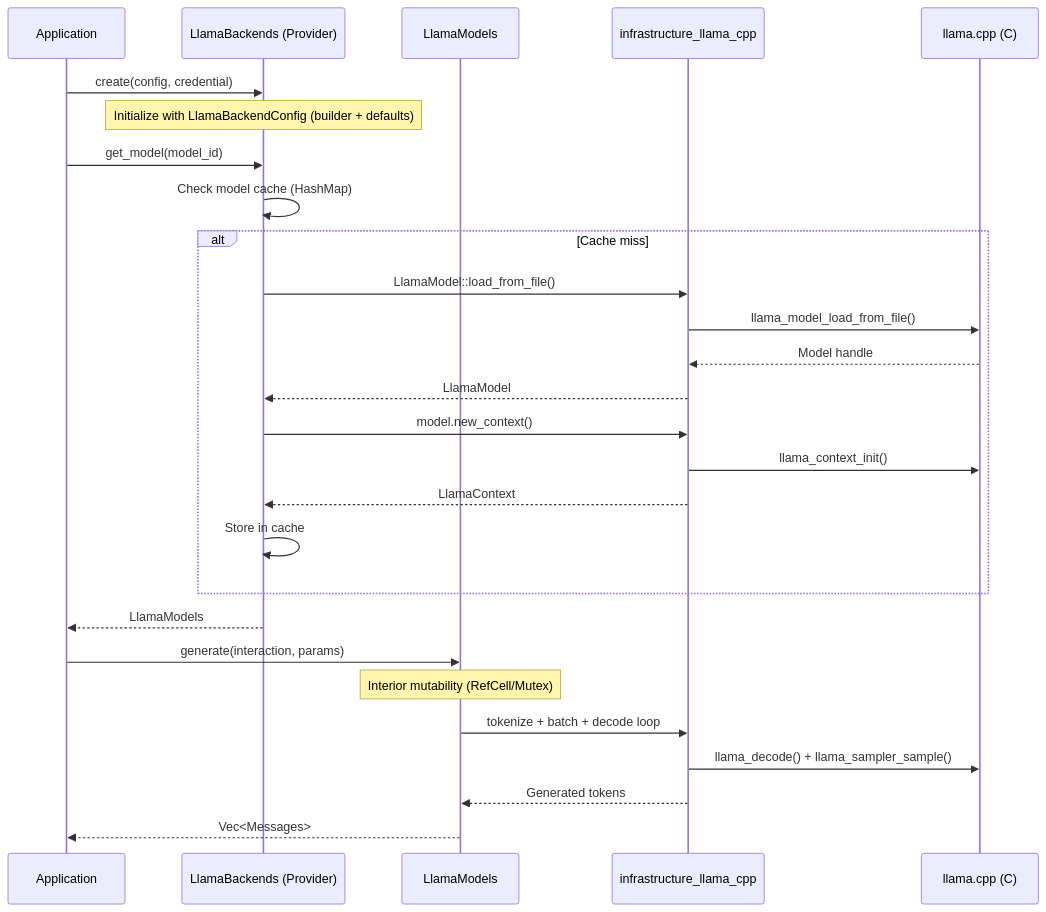
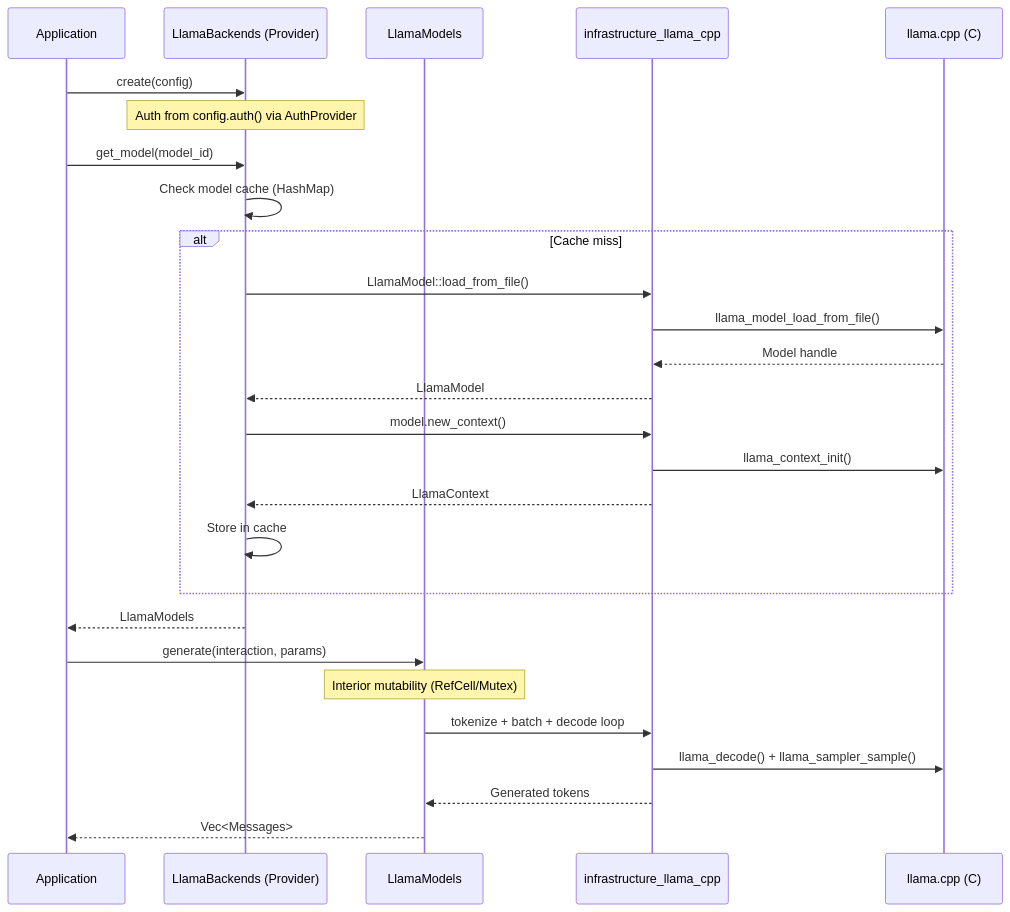
One commit to ewe-studios/ewe_platform changed the second of 2 diagrams in specifications/07-foundation-ai/requirements.md. Above: the diagram before and after it, drawn with Mermaid. The commit also changed other lines of this file and 50 other files, not shown here.

````diff
--- a/specifications/07-foundation-ai/requirements.md
+++ b/specifications/07-foundation-ai/requirements.md
@@ -127,32 +143,32 @@
 ```mermaid
 sequenceDiagram
     participant App as Application
     participant LB as LlamaBackends (Provider)
     participant LM as LlamaModels
     participant IL as infrastructure_llama_cpp
     participant LC as llama.cpp (C)
 
-    App->>LB: create(config, credential)
-    Note over LB: Initialize with LlamaBackendConfig (builder + defaults)
+    App->>LB: create(config)
+    Note over LB: Auth from config.auth() via AuthProvider
 
     App->>LB: get_model(model_id)
     LB->>LB: Check model cache (HashMap)
     alt Cache miss
         LB->>IL: LlamaModel::load_from_file()
         IL->>LC: llama_model_load_from_file()
         LC-->>IL: Model handle
         IL-->>LB: LlamaModel
         LB->>IL: model.new_context()
         IL->>LC: llama_context_init()
         IL-->>LB: LlamaContext
         LB->>LB: Store in cache
     end
     LB-->>App: LlamaModels
 
     App->>LM: generate(interaction, params)
     Note over LM: Interior mutability (RefCell/Mutex)
     LM->>IL: tokenize + batch + decode loop
     IL->>LC: llama_decode() + llama_sampler_sample()
     IL-->>LM: Generated tokens
     LM-->>App: Vec<Messages>
 ```
````
